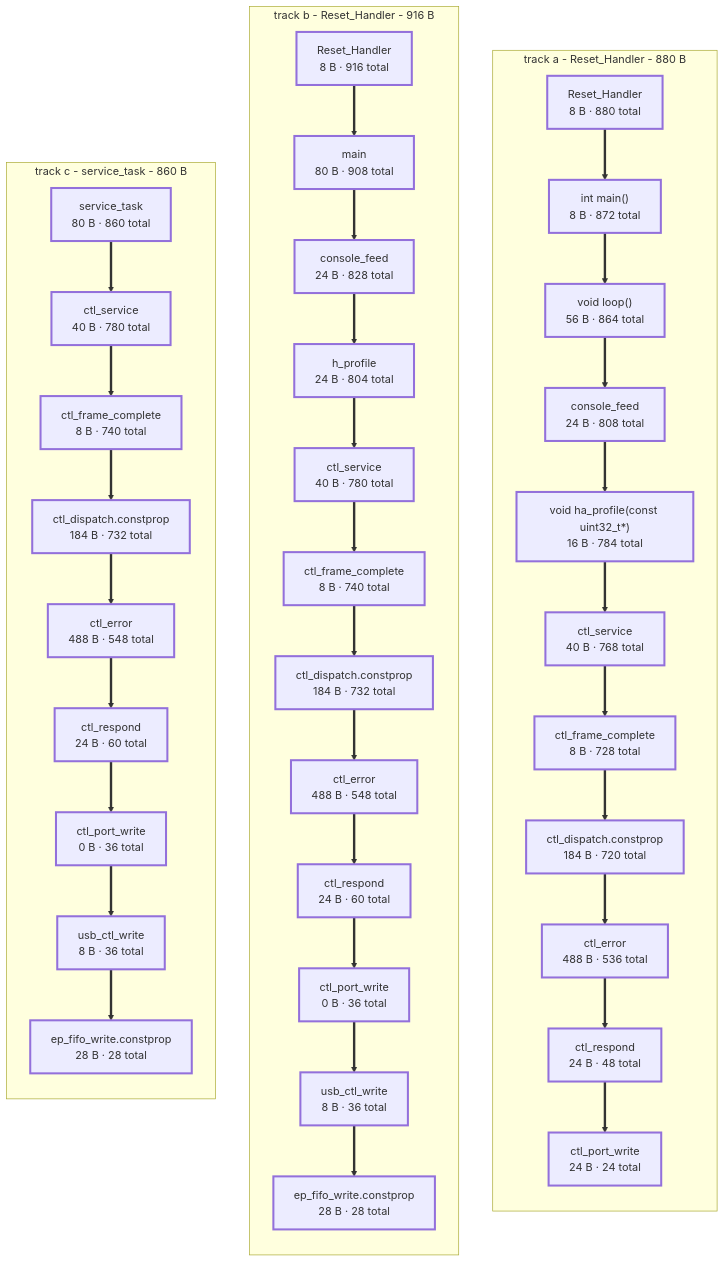
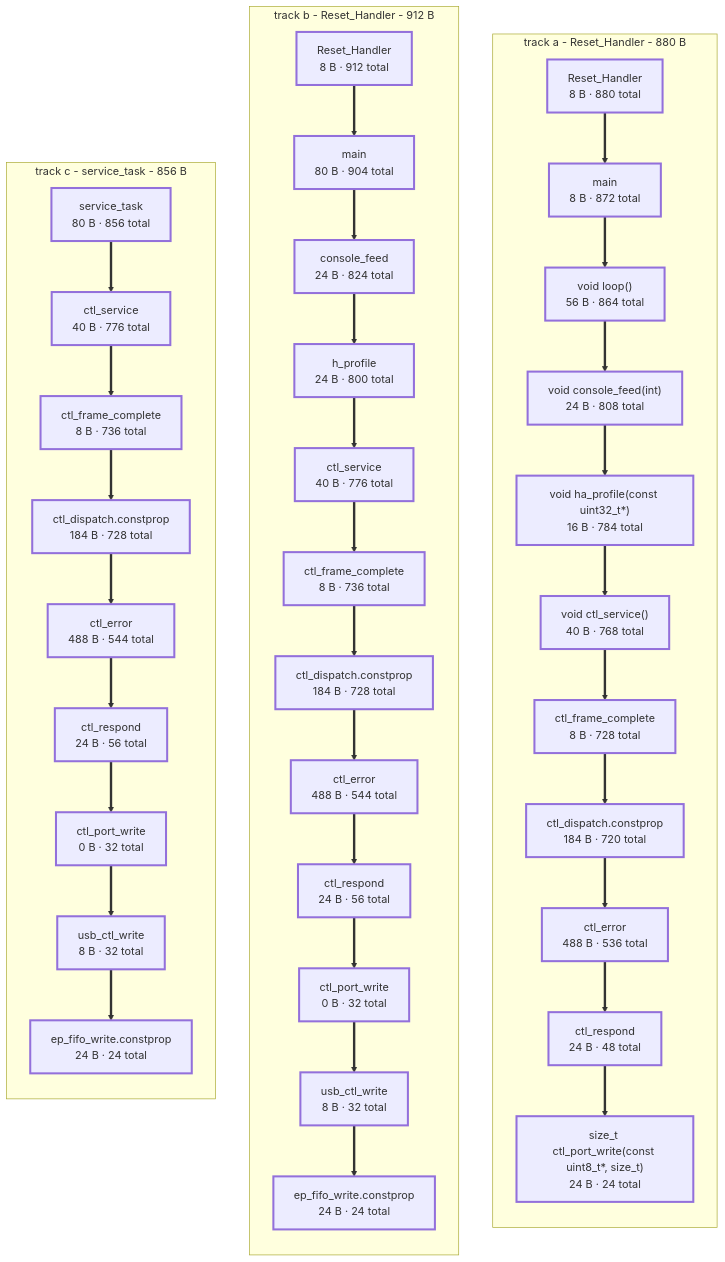
One commit to jerryrt/due_oscilloscope changed the diagram in docs/stack-depth.md. Above: the diagram before and after it, drawn with Mermaid. The commit also changed other lines of this file and 2 other files, not shown here.

```diff
--- a/docs/stack-depth.md
+++ b/docs/stack-depth.md
@@ -423,16 +424,16 @@
   subgraph sg_a["track a - Reset_Handler - 880 B"]
   direction TB
     a0["Reset_Handler<br/>8 B · 880 total"]
-    a1["int main()<br/>8 B · 872 total"]
+    a1["main<br/>8 B · 872 total"]
     a2["void loop()<br/>56 B · 864 total"]
-    a3["console_feed<br/>24 B · 808 total"]
+    a3["void console_feed(int)<br/>24 B · 808 total"]
     a4["void ha_profile(const uint32_t*)<br/>16 B · 784 total"]
-    a5["ctl_service<br/>40 B · 768 total"]
+    a5["void ctl_service()<br/>40 B · 768 total"]
     a6["ctl_frame_complete<br/>8 B · 728 total"]
     a7["ctl_dispatch.constprop<br/>184 B · 720 total"]
     a8["ctl_error<br/>488 B · 536 total"]
     a9["ctl_respond<br/>24 B · 48 total"]
-    a10["ctl_port_write<br/>24 B · 24 total"]
+    a10["size_t ctl_port_write(const uint8_t*, size_t)<br/>24 B · 24 total"]
     a0 ==> a1
     a1 ==> a2
     a2 ==> a3
@@ -444,20 +445,20 @@
     a8 ==> a9
     a9 ==> a10
   end
-  subgraph sg_b["track b - Reset_Handler - 916 B"]
+  subgraph sg_b["track b - Reset_Handler - 912 B"]
   direction TB
-    b0["Reset_Handler<br/>8 B · 916 total"]
-    b1["main<br/>80 B · 908 total"]
-    b2["console_feed<br/>24 B · 828 total"]
-    b3["h_profile<br/>24 B · 804 total"]
-    b4["ctl_service<br/>40 B · 780 total"]
-    b5["ctl_frame_complete<br/>8 B · 740 total"]
-    b6["ctl_dispatch.constprop<br/>184 B · 732 total"]
-    b7["ctl_error<br/>488 B · 548 total"]
-    b8["ctl_respond<br/>24 B · 60 total"]
-    b9["ctl_port_write<br/>0 B · 36 total"]
-    b10["usb_ctl_write<br/>8 B · 36 total"]
-    b11["ep_fifo_write.constprop<br/>28 B · 28 total"]
+    b0["Reset_Handler<br/>8 B · 912 total"]
+    b1["main<br/>80 B · 904 total"]
+    b2["console_feed<br/>24 B · 824 total"]
+    b3["h_profile<br/>24 B · 800 total"]
+    b4["ctl_service<br/>40 B · 776 total"]
+    b5["ctl_frame_complete<br/>8 B · 736 total"]
+    b6["ctl_dispatch.constprop<br/>184 B · 728 total"]
+    b7["ctl_error<br/>488 B · 544 total"]
+    b8["ctl_respond<br/>24 B · 56 total"]
+    b9["ctl_port_write<br/>0 B · 32 total"]
+    b10["usb_ctl_write<br/>8 B · 32 total"]
+    b11["ep_fifo_write.constprop<br/>24 B · 24 total"]
     b0 ==> b1
     b1 ==> b2
     b2 ==> b3
@@ -470,17 +471,17 @@
     b9 ==> b10
     b10 ==> b11
   end
-  subgraph sg_c["track c - service_task - 860 B"]
+  subgraph sg_c["track c - service_task - 856 B"]
   direction TB
-    c0["service_task<br/>80 B · 860 total"]
-    c1["ctl_service<br/>40 B · 780 total"]
-    c2["ctl_frame_complete<br/>8 B · 740 total"]
-    c3["ctl_dispatch.constprop<br/>184 B · 732 total"]
-    c4["ctl_error<br/>488 B · 548 total"]
-    c5["ctl_respond<br/>24 B · 60 total"]
-    c6["ctl_port_write<br/>0 B · 36 total"]
-    c7["usb_ctl_write<br/>8 B · 36 total"]
-    c8["ep_fifo_write.constprop<br/>28 B · 28 total"]
+    c0["service_task<br/>80 B · 856 total"]
+    c1["ctl_service<br/>40 B · 776 total"]
+    c2["ctl_frame_complete<br/>8 B · 736 total"]
+    c3["ctl_dispatch.constprop<br/>184 B · 728 total"]
+    c4["ctl_error<br/>488 B · 544 total"]
+    c5["ctl_respond<br/>24 B · 56 total"]
+    c6["ctl_port_write<br/>0 B · 32 total"]
+    c7["usb_ctl_write<br/>8 B · 32 total"]
+    c8["ep_fifo_write.constprop<br/>24 B · 24 total"]
     c0 ==> c1
     c1 ==> c2
     c2 ==> c3
```
